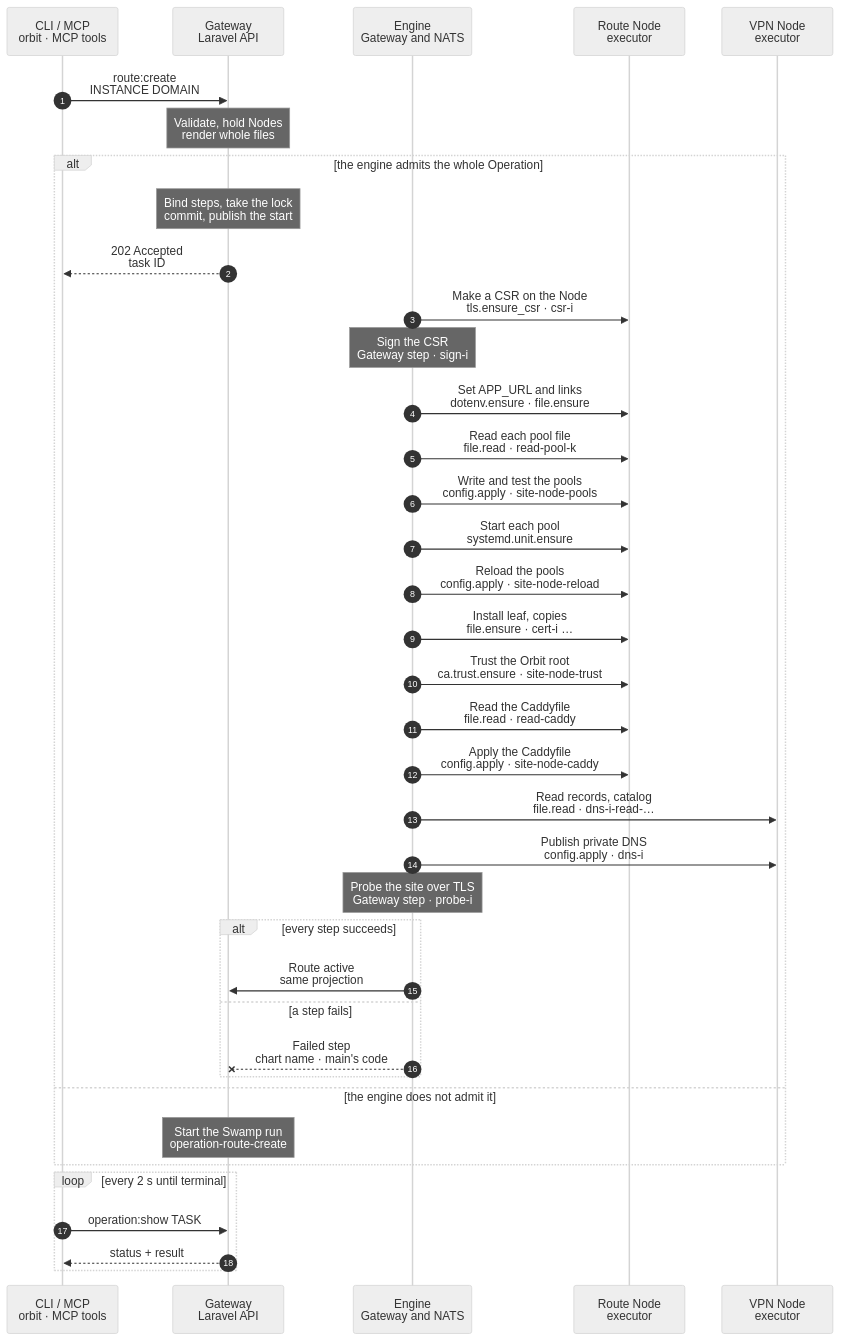
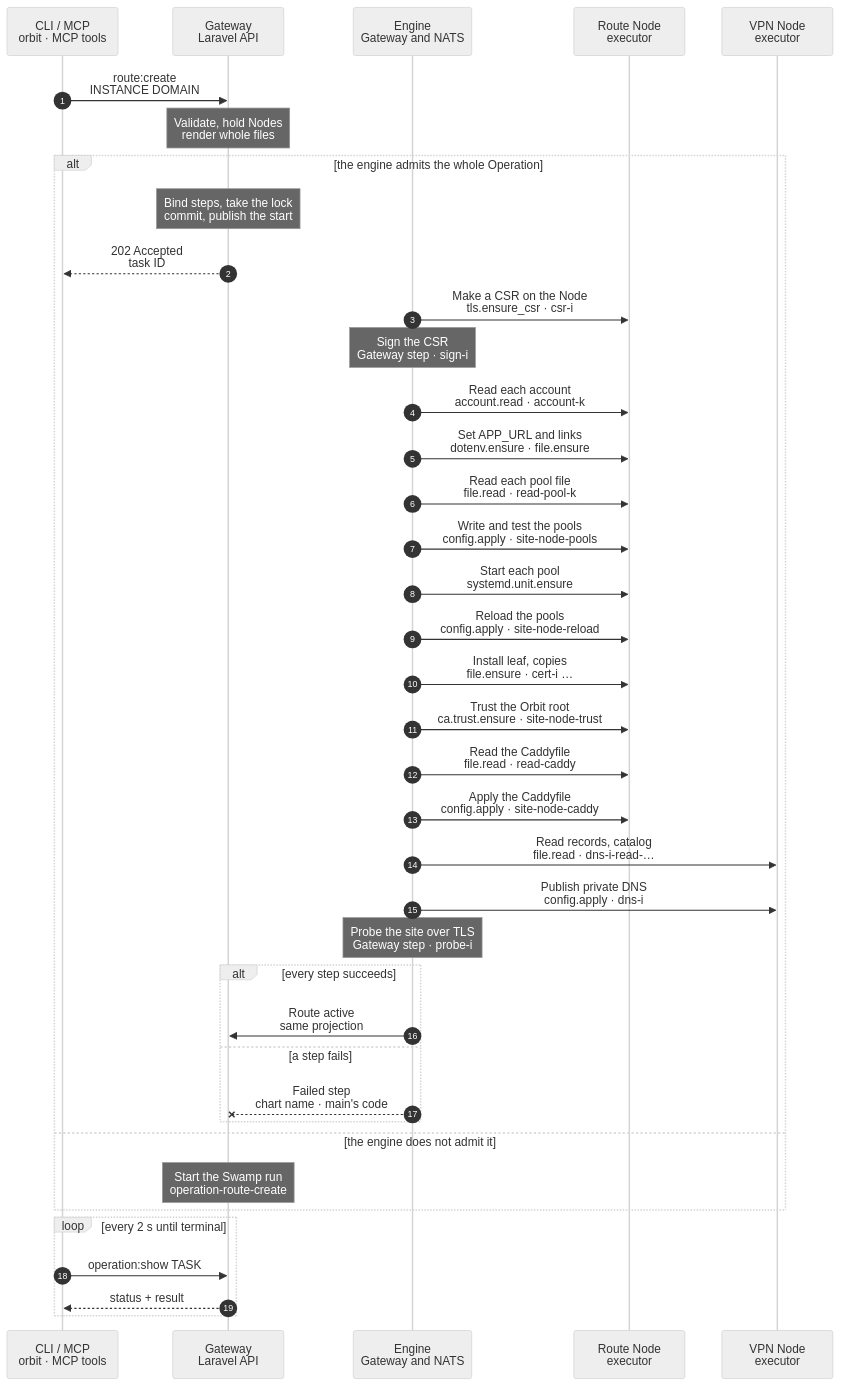
One commit to hardimpactdev/orbit changed the diagram in docs/cli/route/engine/create.mmd. Above: the diagram before and after it, drawn with Mermaid (neutral theme). The commit also changed 5 other files, not shown here.

First line of the commit message:
ORB-6352: read each account on the Node with account.read before the steps that need it

```diff
--- a/docs/cli/route/engine/create.mmd
+++ b/docs/cli/route/engine/create.mmd
@@ -1,74 +1,76 @@
 sequenceDiagram
   %% route.create on the Gateway engine: the steps of route/create.mmd (workflow operation-route-create) as host catalogue primitives composed in the Gateway (RouteEngineFlow, RouteHostSteps). ADR 0271, Routes rewrite PR B (ORB-6352).
   %% Pending: Caddy's recursive access needs a tree scope for posix.acl.ensure (Nick's decision); a Route with access rows runs on Swamp until it exists.
   %% status: draft
   %% command: route:create
   %% kind: route.create
   autonumber
   %% lane CLI icon=terminal pill=caller tone=gray
   %% lane GW icon=gateway pill=intent tone=blue
   %% lane EN icon=workflow pill=engine tone=purple
   %% lane N icon=server pill=executor tone=amber
   %% lane V icon=server pill=executor tone=green
   participant CLI as CLI / MCP<br/>orbit · MCP tools
   participant GW as Gateway<br/>Laravel API
   participant EN as Engine<br/>Gateway and NATS
   participant N as Route Node<br/>executor
   participant V as VPN Node<br/>executor
   CLI->>GW: route:create<br/>INSTANCE DOMAIN
   Note over GW: Validate, hold Nodes<br/>render whole files
   %%> Same guards and admitted plan as route/create.mmd (`route_create`, NativeRouteCreatePlan)
   %%> The publication hold covers every Node of the plan: site and leaf Nodes and each VPN Node with DNS work, from the reads to the guarded writes, also after an admission wait (RoutePublicationHolds)
-  %%> The account's observed home and primary group (`accounts.<node>`): the Gateway records neither today, so a Route whose steps need them runs on Swamp; pools are rendered with the group's name
+  %%> Each account the Node's steps write for is read on the Node first (`account.read`): home, primary group and gid by NSS; pools are rendered with the group's name
   alt the engine admits the whole Operation
     %%> Admission, one decision per Operation (EngineKinds::routes):
-    %%> - `route.create` is in `ORBIT_ENGINE_KINDS`, and every Node a step touches reports each step's primitive in `$KV.NODES` (the `host` family from agent 0.36.0), with `tls.csr_input` on the leaf Node; every build with the host family has file.ensure `source_path`, so the key copy needs no feature
+    %%> - `route.create` is in `ORBIT_ENGINE_KINDS`, and every Node a step touches reports each step's primitive in `$KV.NODES` (the `host` family with `account.read`, agent 0.37.0), with `tls.csr_input` on the leaf Node; every build with the host family has file.ensure `source_path`, so the key copy needs no feature
     %%> - the flow accepts the plan shape; an Ingress edge, a LAN rule, a production `.env`, awake markers, Caddy access rows, or a pool outside the two pool kinds throws `EngineUnsupported`
     %%> - the kind's own admission (RouteEngineFlow::admit) also refuses a Route with Caddy access rows, and a Node with work that lacks one host primitive, or a leaf Node that lacks `tls.csr_input`
     %%> - production never moves: a site or leaf Node that is not an app-dev Node (app-prod, unclassified, no role), a DNS Node without the vpn role, a target Instance outside development, or an intent with a production placement or `production_control` keeps the whole Operation on Swamp
     Note over GW: Bind steps, take the lock<br/>commit, publish the start
     GW-->>CLI: 202 Accepted<br/>task ID
     EN->>N: Make a CSR on the Node<br/>tls.ensure_csr · csr-i
     %%> The Gateway sends the folder, its root:caddy owner, modes 0750 and 0640, and the subject; the key never leaves the Node
     Note over EN: Sign the CSR<br/>Gateway step · sign-i
     %%> As `operation:direct:certificate-sign`; a pending cancel refuses
+    EN->>N: Read each account<br/>account.read · account-k
+    %%> The Node's account (leaf copies, pools) and each other link owner; the recorded answer keeps a retry byte for byte; an absent account fails the next step that needs it (`route.publish_failed`)
     EN->>N: Set APP_URL and links<br/>dotenv.ensure · file.ensure
     %%> `site-node-url-k`: the last `APP_URL=` line of an existing `.env` that the account owns, replaced or appended; `site-node-link-k`: a release link owned by its account
     EN->>N: Read each pool file<br/>file.read · read-pool-k
     %%> One path, read only: absent, or present with its type, owner, mode and, for a regular file, its SHA-256; never its content. The step records the answer
     EN->>N: Write and test the pools<br/>config.apply · site-node-pools
     %%> Under `/etc/caddy/.orbit-publish.lock`: each pool rendered whole with the account's group and home, root:root 0644, with the digest its read recorded as `from_sha256` (none when absent); `php-fpm` validators from the fixed list; a failed test restores the files
     EN->>N: Start each pool<br/>systemd.unit.ensure
     EN->>N: Reload the pools<br/>config.apply · site-node-reload
     %%> The same files with the digest of the bytes the install left as their guard, so it writes nothing and refuses a change made since; validators, then each pool unit reloads on every run, as route.publish_site did
     EN->>N: Install leaf, copies<br/>file.ensure · cert-i …
     %%> `cert-i`: the signed leaf, root:caddy 0644; `current-i`: the version link; `folder-i`: the account copy's folder, root 0755 as `install -D` made it; `key-i`: the key copied on the Node (`source_path`), account 0600; `copy-i`: the leaf, account 0600; `copylink-i`: the account's version link
     EN->>N: Trust the Orbit root<br/>ca.trust.ensure · site-node-trust
     %%> Named after the root's fingerprint (`orbit-managed-root-ca-<16 hex>.crt`), so a new root gets its own name and hash link; an old root stays until the Gateway knows it (follow-up)
     %%> `orbit-managed-root-ca.crt`, root:root 0644; the plain `update-ca-certificates` runs after a change
     EN->>N: Read the Caddyfile<br/>file.read · read-caddy
     EN->>N: Apply the Caddyfile<br/>config.apply · site-node-caddy
     %%> Under `/etc/caddy/.orbit-publish.lock`: the whole Caddyfile, root:caddy 0640, with the digest its read recorded; validated as `caddy`; Caddy reloads on every run; a failed validation or reload restores the file
     EN->>V: Read records, catalog<br/>file.read · dns-i-read-…
     EN->>V: Publish private DNS<br/>config.apply · dns-i
     %%> Beside the sites, after the signatures. Under `/run/lock/orbit-dnsmasq.lock`: records and catalog, root:root 0644, each with the digest its read recorded; the `dnsmasq` validator over `/etc/dnsmasq.conf` and `/etc/dnsmasq.d`; dnsmasq and the private DNS listener restart on every run
     Note over EN: Probe the site over TLS<br/>Gateway step · probe-i
     %%> After each Node's last site step: a TLS handshake by WireGuard address, trusting only the Orbit root
     %%> A read that finds a link in a file's place runs that file's unlink step (`file.ensure` absent, never following it), and the write then sends no guard; for any other read the unlink step is done without an order (EngineSkip)
     %%> Every config.apply input comes from the admitted plan and the recorded reads, so a resend carries the same bytes, the order's identity; each step has its own `recovery_dir` under `/var/lib/orbit/executor/config-recovery` (`pool-install`, `pool-reload`, `caddy`, `dns`)
     %%> The writes overwrite whatever the Node held at the read, as main's route.create did: a pool with a numeric gid or a catalog in another key order is replaced; the guard refuses `owned_revision_conflict` only when a file changed between its read and its write, under the Node publication hold and the lock
     alt every step succeeds
       EN->>GW: Route active<br/>same projection
     else a step fails
       EN--xGW: Failed step<br/>chart name · main's code
       %%> A Node's site steps record `Install cert, publish site-<node>` with `route.publish_failed`; `dns-i` records `Publish private DNS-i` with `private_dns.publication_failed`, main's codes; a guard refusal keeps `owned_revision_conflict`
     end
   else the engine does not admit it
     Note over GW: Start the Swamp run<br/>operation-route-create
     %%> No step runs on the engine; an Operation never splits across engines
     %%> A Route with Caddy access rows runs here: its recursive access (a deny over the checkout, a grant over the served roots, default entries on every folder below) stays with Swamp until posix.acl.ensure takes a tree scope (Nick's decision); PR D keeps the old actions until then
   end
   loop every 2 s until terminal
     CLI->>GW: operation:show TASK
     GW-->>CLI: status + result
   end
```
